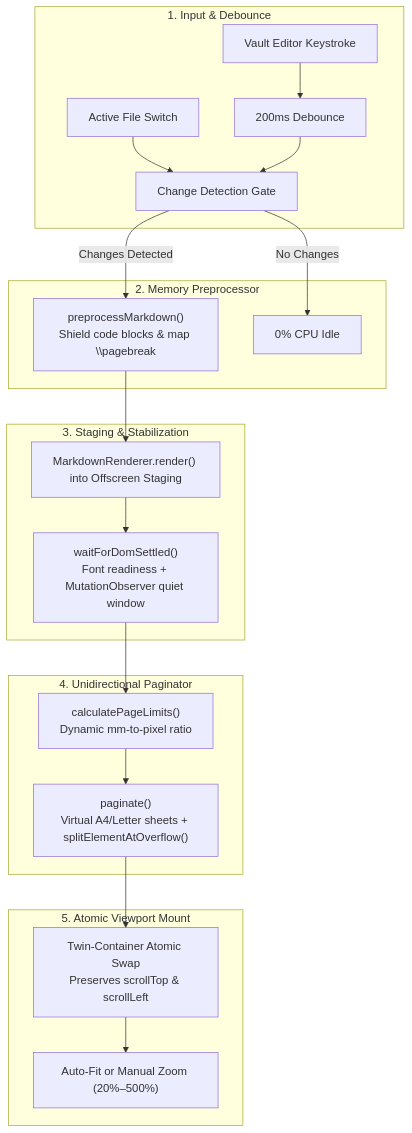
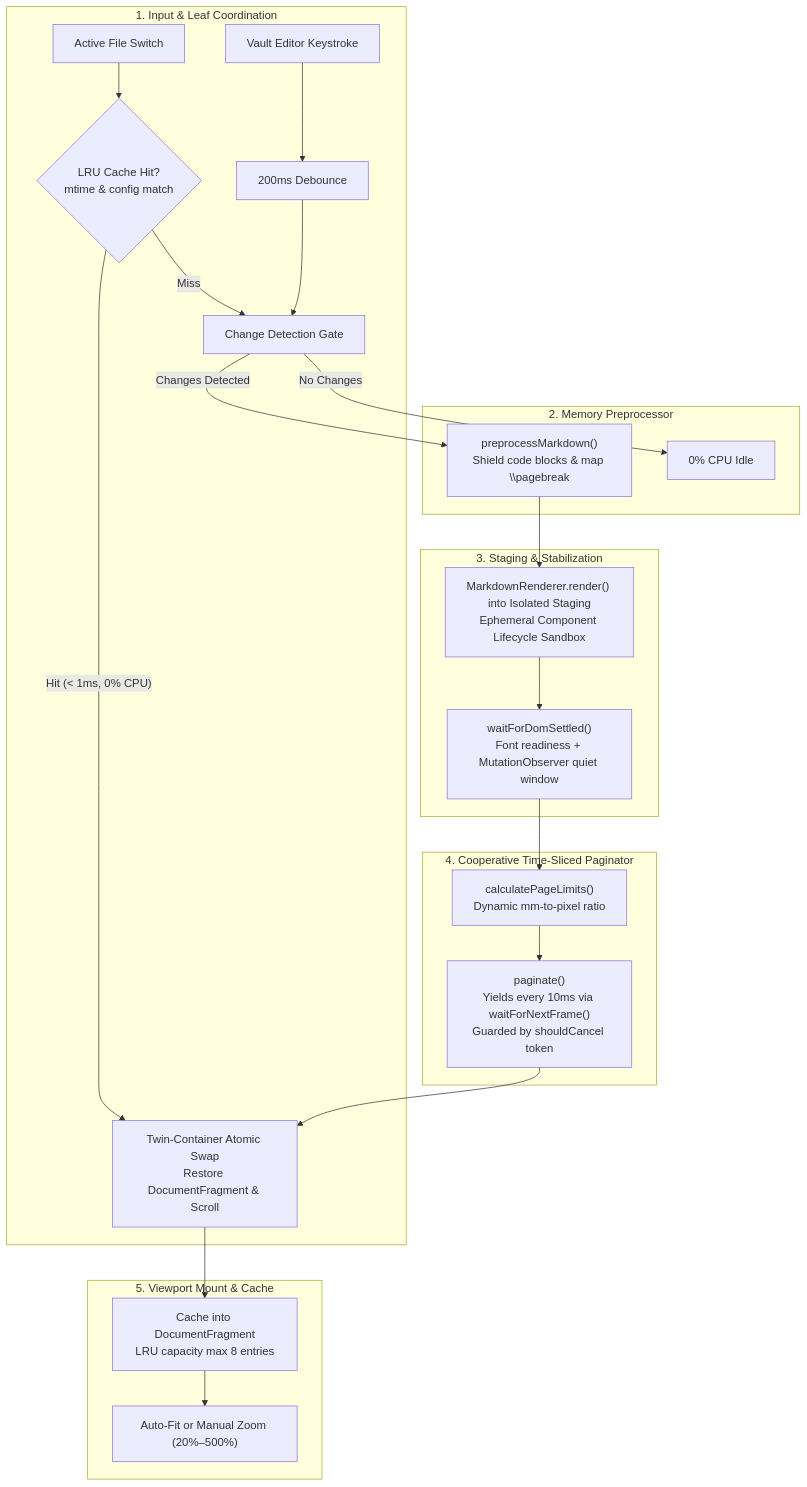
One commit to JuanFerber/obsidian-pdf-studio changed the diagram in README.md. Above: the diagram before and after it, drawn with Mermaid. The commit also changed other lines of this file, not shown here.

Commit message:
docs: synchronize README with architecture, multi-tab cache, and testing pipeline

````diff
--- a/README.md
+++ b/README.md
@@ -31,28 +35,31 @@
 ```mermaid
 flowchart TD
-    subgraph Input["1. Input & Debounce"]
+    subgraph Input["1. Input & Leaf Coordination"]
         E1["Vault Editor Keystroke"] --> D["200ms Debounce"]
-        E2["Active File Switch"] --> G1["Change Detection Gate"]
+        E2["Active File Switch"] --> G0{"LRU Cache Hit?<br/>mtime & config match"}
+        G0 -- "Hit (< 1ms, 0% CPU)" --> SWAP["Twin-Container Atomic Swap<br/>Restore DocumentFragment & Scroll"]
+        G0 -- "Miss" --> G1["Change Detection Gate"]
         D --> G1
     end
 
     subgraph Preprocess["2. Memory Preprocessor"]
         G1 -- "Changes Detected" --> PP["preprocessMarkdown()<br/>Shield code blocks & map \\pagebreak"]
         G1 -- "No Changes" --> IDLE["0% CPU Idle"]
     end
 
     subgraph Staging["3. Staging & Stabilization"]
-        PP --> RENDER["MarkdownRenderer.render() into Offscreen Staging"]
+        PP --> RENDER["MarkdownRenderer.render() into Isolated Staging<br/>Ephemeral Component Lifecycle Sandbox"]
         RENDER --> STAB["waitForDomSettled()<br/>Font readiness + MutationObserver quiet window"]
     end
 
-    subgraph Pagination["4. Unidirectional Paginator"]
+    subgraph Pagination["4. Cooperative Time-Sliced Paginator"]
         STAB --> CALC["calculatePageLimits()<br/>Dynamic mm-to-pixel ratio"]
-        CALC --> PAG["paginate()<br/>Virtual A4/Letter sheets + splitElementAtOverflow()"]
+        CALC --> PAG["paginate()<br/>Yields every 10ms via waitForNextFrame()<br/>Guarded by shouldCancel token"]
     end
 
-    subgraph Viewport["5. Atomic Viewport Mount"]
-        PAG --> SWAP["Twin-Container Atomic Swap<br/>Preserves scrollTop & scrollLeft"]
-        SWAP --> ZOOM["Auto-Fit or Manual Zoom (20%–500%)"]
+    subgraph Viewport["5. Viewport Mount & Cache"]
+        PAG --> SWAP
+        SWAP --> CACHE["Cache into DocumentFragment<br/>LRU capacity max 8 entries"]
+        CACHE --> ZOOM["Auto-Fit or Manual Zoom (20%–500%)"]
     end
 ```
````
